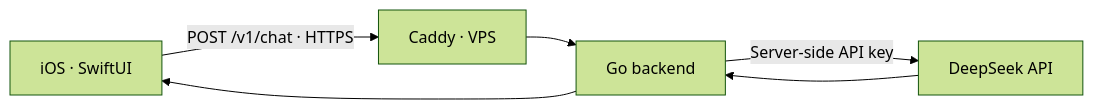
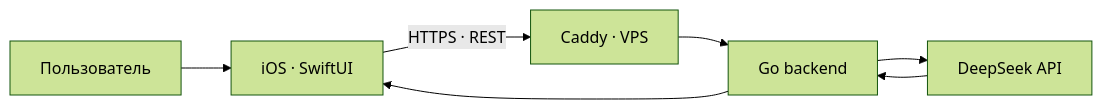
The diagram in README.md (eugeneappledev-source/AI-Challenge), drawn with Mermaid (forest theme) before and after one commit. The commit also changed other lines of this file and 2 other files, not shown here.

````diff
--- a/README.md
+++ b/README.md
@@ -26,7 +30,8 @@
 ```mermaid
 flowchart LR
-    App["iOS · SwiftUI"] -->|"POST /v1/chat · HTTPS"| Caddy["Caddy · VPS"]
-    Caddy --> API["Go backend"]
-    API -->|"Server-side API key"| LLM["DeepSeek API"]
+    User["Пользователь"] --> App["iOS · SwiftUI"]
+    App -->|"HTTPS · REST"| Gateway["Caddy · VPS"]
+    Gateway --> API["Go backend"]
+    API --> LLM["DeepSeek API"]
     LLM --> API --> App
 ```
````
